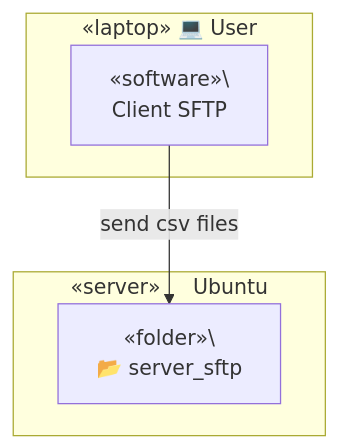
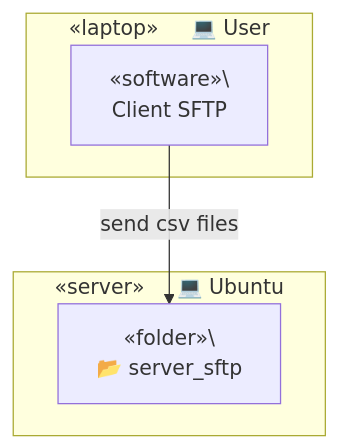
The second of 4 diagrams in server_sftp/README.md (TrulyDigital/DATA_STREET), drawn with Mermaid before and after one commit.

Commit message:
update: server_sftp README.md

````diff
--- a/server_sftp/README.md
+++ b/server_sftp/README.md
@@ -14,13 +14,13 @@
 ```mermaid
 graph TD
     
-    subgraph Container_A [«laptop» 💻 User]
+    subgraph Container_A [«laptop»&nbsp;&nbsp;&nbsp;&nbsp;&nbsp;💻 User]
         A1[«software»\<br> Client SFTP]
     end
 
-    subgraph Container_B [«server»&nbsp;&nbsp;&nbsp;&nbsp;&nbsp;Ubuntu]
+    subgraph Container_B [«server»&nbsp;&nbsp;&nbsp;&nbsp;&nbsp;💻 Ubuntu]
         B1[«folder»\<br/> 📂 server_sftp]
     end
     
     A1 -- send csv files --> B1
 ```
````
